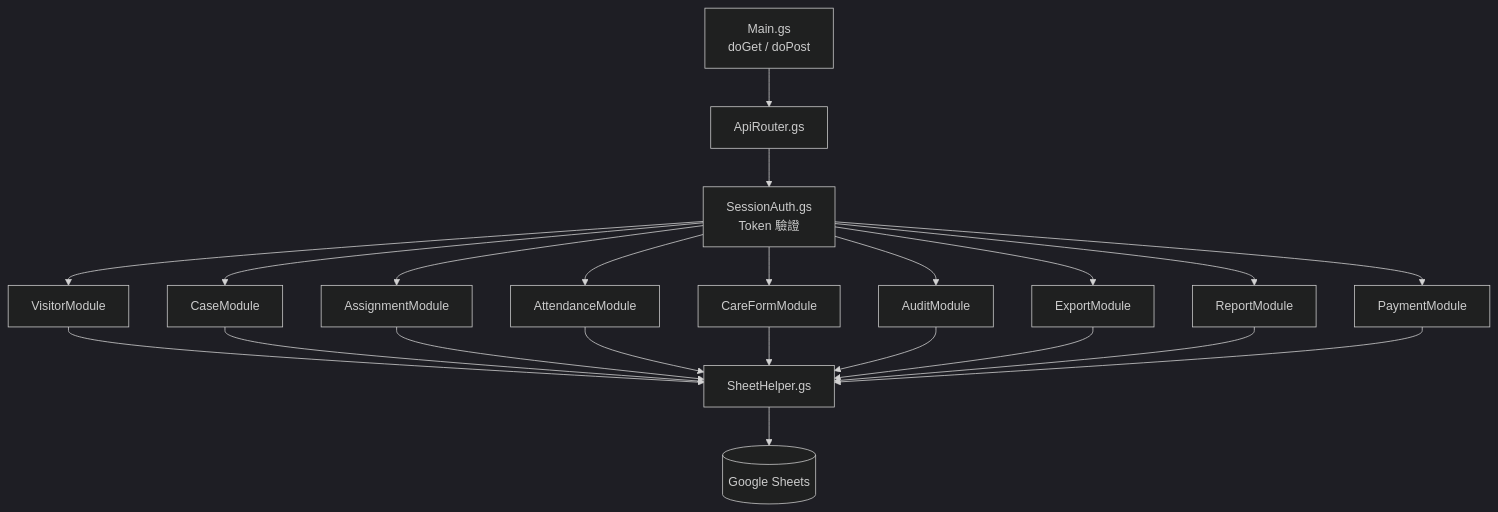
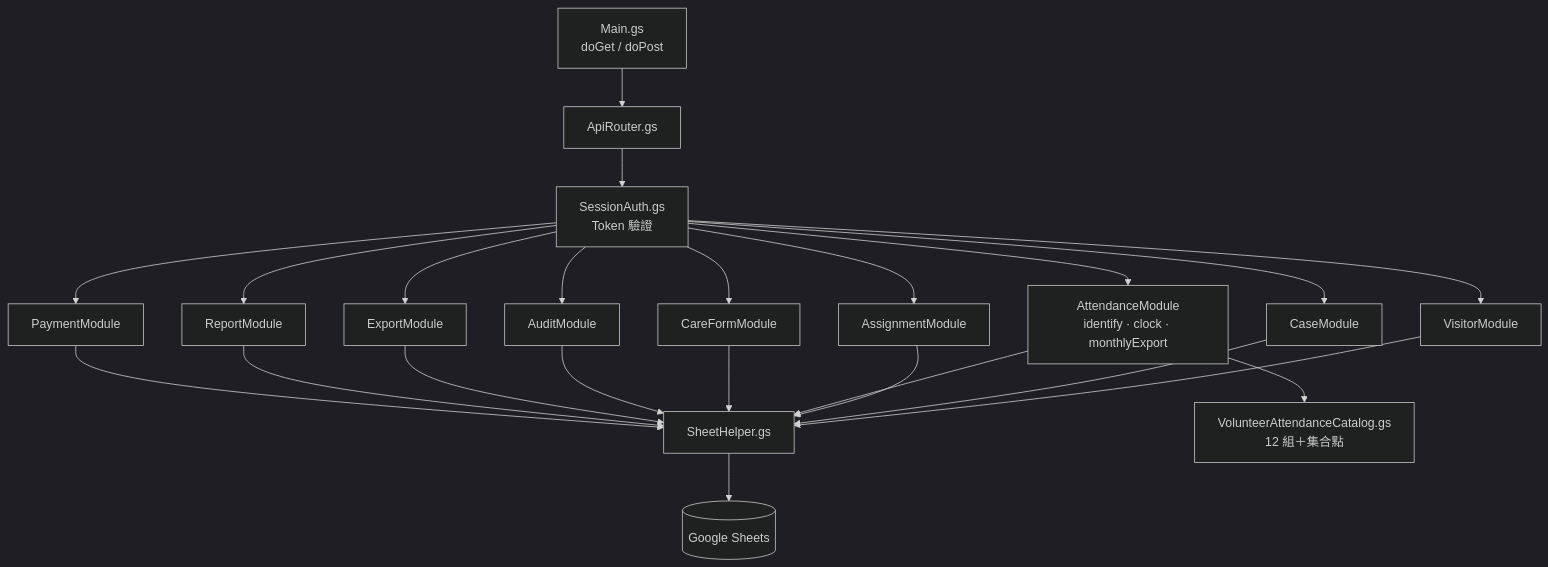
Before and after one commit to yongheelderly0826-design/Elder-Visit-Platform: the ninth of 13 diagrams in docs/system-architecture.md, drawn with Mermaid (dark theme). The commit also changed other lines of this file and 83 other files, not shown here.

First line of the commit message:
Add volunteer QR attendance, MOHW audit export, and update manuals.

````diff
--- a/docs/system-architecture.md
+++ b/docs/system-architecture.md
@@ -197,21 +240,22 @@
 ```mermaid
 flowchart TB
   ENTRY["Main.gs<br/>doGet / doPost"]
   ROUTER["ApiRouter.gs"]
   AUTH["SessionAuth.gs<br/>Token 驗證"]
 
   ENTRY --> ROUTER
   ROUTER --> AUTH
   AUTH --> VM["VisitorModule"]
   AUTH --> CM["CaseModule"]
   AUTH --> AM["AssignmentModule"]
-  AUTH --> AT["AttendanceModule"]
+  AUTH --> AT["AttendanceModule<br/>identify · clock · monthlyExport"]
   AUTH --> CF["CareFormModule"]
   AUTH --> AU["AuditModule"]
   AUTH --> EX["ExportModule"]
   AUTH --> RP["ReportModule"]
   AUTH --> PM["PaymentModule"]
 
   VM & CM & AM & AT & CF & AU & EX & RP & PM --> SH["SheetHelper.gs"]
+  AT --> CAT["VolunteerAttendanceCatalog.gs<br/>12 組＋集合點"]
   SH --> SS[("Google Sheets")]
 ```
````
